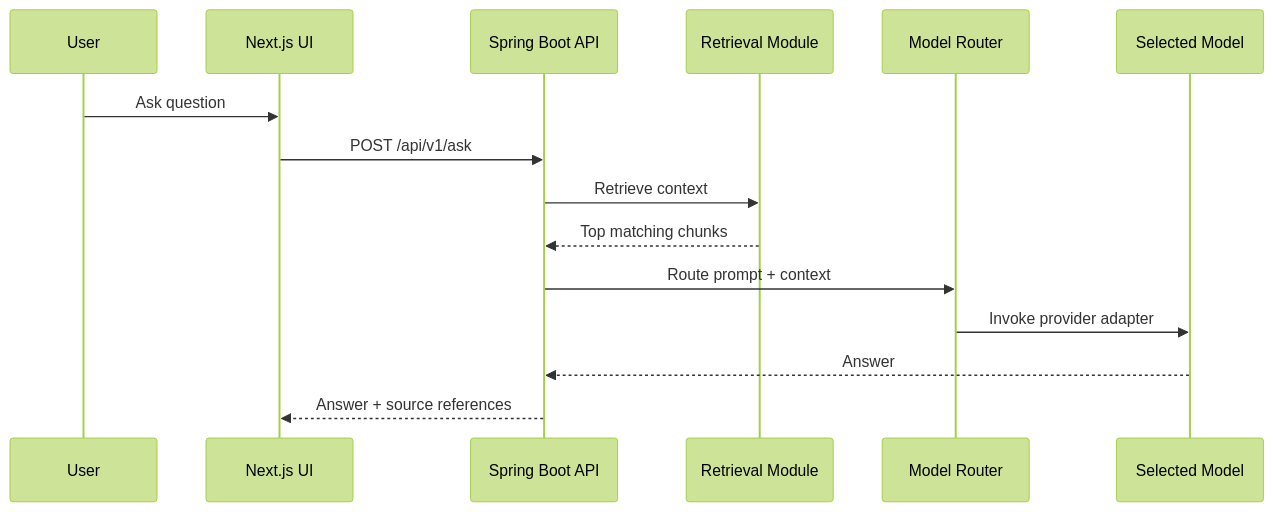
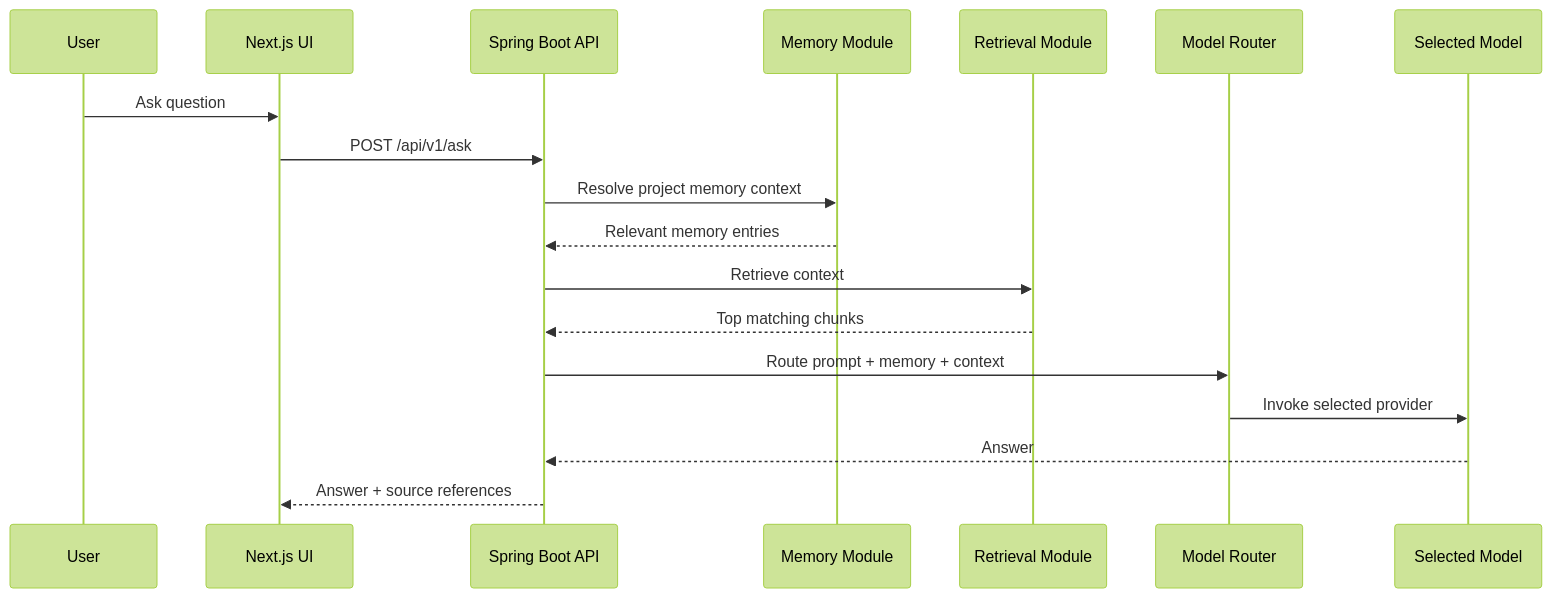
The third of 3 diagrams in docs/mvp.md (dcfrancisco/open-intelligence-platform), drawn with Mermaid (forest theme) before and after one commit. The commit also changed other lines of this file and 110 other files, not shown here.

First line of the commit message:
Add documentation and initial setup files for MVP and architecture

````diff
--- a/docs/mvp.md
+++ b/docs/mvp.md
@@ -129,18 +131,21 @@
 ```mermaid
 sequenceDiagram
     participant U as User
     participant UI as Next.js UI
     participant API as Spring Boot API
+    participant M as Memory Module
     participant K as Retrieval Module
     participant R as Model Router
-    participant M as Selected Model
+    participant P as Selected Model
 
     U->>UI: Ask question
     UI->>API: POST /api/v1/ask
+    API->>M: Resolve project memory context
+    M-->>API: Relevant memory entries
     API->>K: Retrieve context
     K-->>API: Top matching chunks
-    API->>R: Route prompt + context
-    R->>M: Invoke provider adapter
-    M-->>API: Answer
+    API->>R: Route prompt + memory + context
+    R->>P: Invoke selected provider
+    P-->>API: Answer
     API-->>UI: Answer + source references
 ```
````
